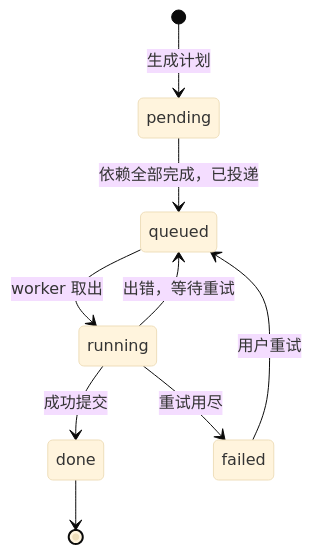
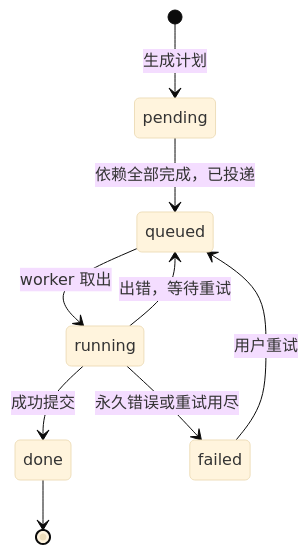
Diagram 11 of 19 in docs/design.md (realOzine/videohelper), drawn with Mermaid (base theme) before and after one commit. The commit also changed other lines of this file, not shown here.

Commit message:
docs: align design diagrams with model plugins

````diff
--- a/docs/design.md
+++ b/docs/design.md
@@ -504,11 +517,11 @@
 ```mermaid
 stateDiagram-v2
   [*] --> pending: 生成计划
   pending --> queued: 依赖全部完成，已投递
   queued --> running: worker 取出
   running --> done: 成功提交
   running --> queued: 出错，等待重试
-  running --> failed: 重试用尽
+  running --> failed: 永久错误或重试用尽
   failed --> queued: 用户重试
   done --> [*]
 ```
````
